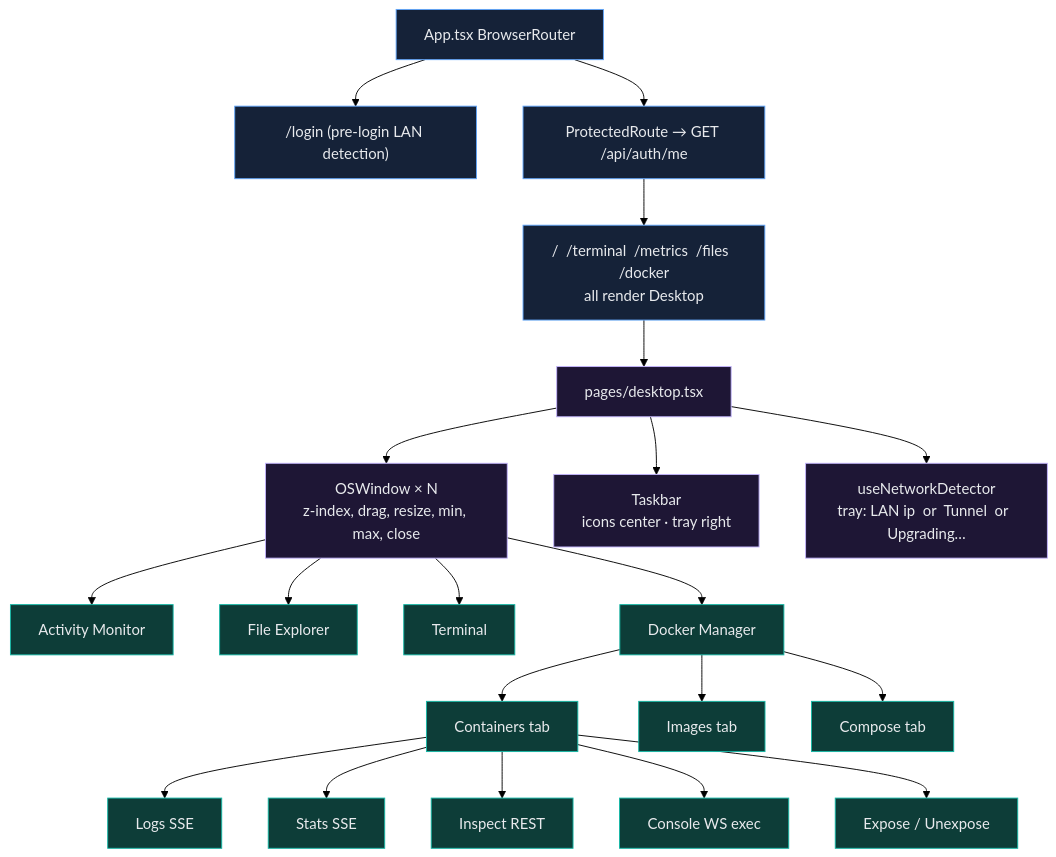
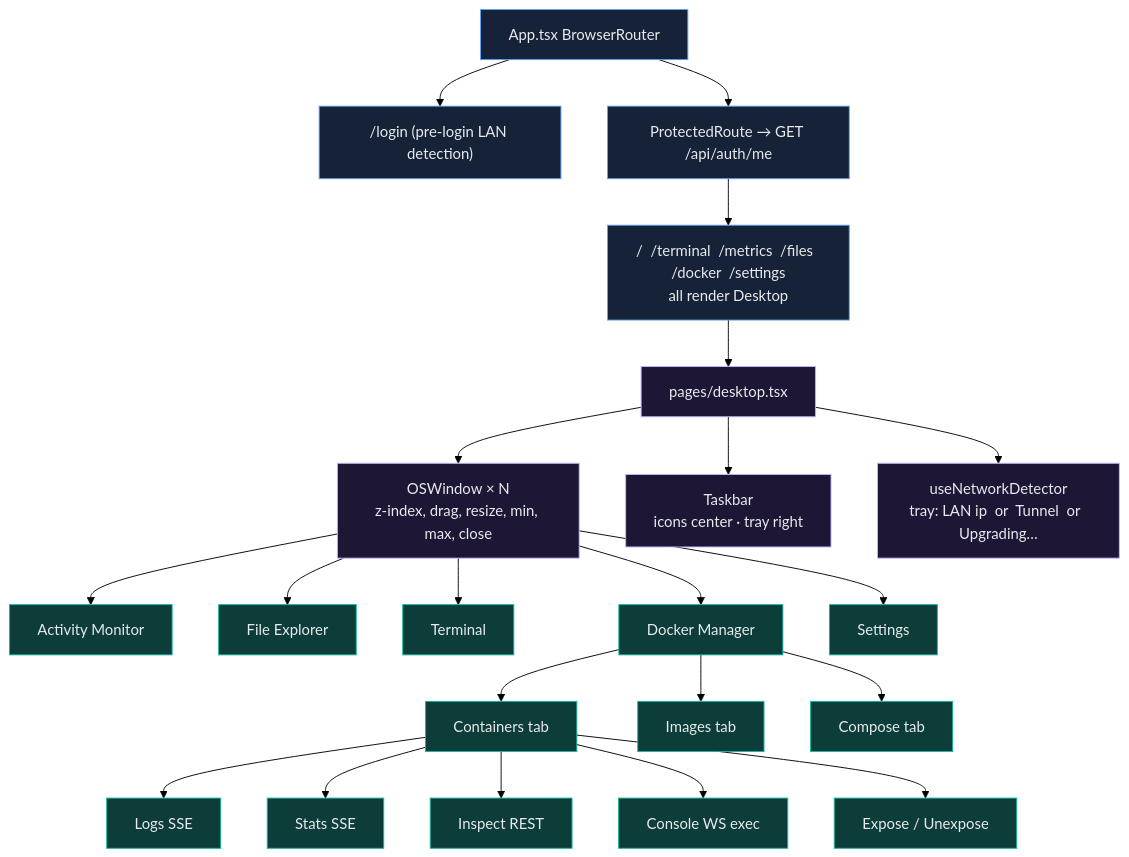
Before and after one commit to Cypher0071/Home_Cloud: the fifth of 7 diagrams in docs/SYSTEM_DESIGN.md, drawn with Mermaid (forest theme). The commit also changed other lines of this file and 21 other files, not shown here.

First line of the commit message:
docs: trim docs/ to the current architecture, design, roadmap and tradeoffs

````diff
--- a/docs/SYSTEM_DESIGN.md
+++ b/docs/SYSTEM_DESIGN.md
@@ -412,33 +482,34 @@
 ```mermaid
 flowchart TB
   classDef route fill:#152238,stroke:#60a5fa,color:#e8eaed
   classDef shell fill:#1e1635,stroke:#c4b5fd,color:#e8eaed
   classDef app fill:#0d3d38,stroke:#14b8a6,color:#e8eaed
 
   RR["App.tsx  BrowserRouter"] --> PUB["/login (pre-login LAN detection)"]
   RR --> PR["ProtectedRoute → GET /api/auth/me"]
-  PR --> D["/  /terminal  /metrics  /files  /docker<br/>all render Desktop"]
+  PR --> D["/  /terminal  /metrics  /files  /docker  /settings<br/>all render Desktop"]
 
   D --> WS["pages/desktop.tsx"]
   WS --> OW["OSWindow × N<br/>z-index, drag, resize, min, max, close"]
   WS --> TB["Taskbar<br/>icons center · tray right"]
   WS --> ND["useNetworkDetector<br/>tray: LAN ip  or  Tunnel  or  Upgrading…"]
 
   OW --> A1["Activity Monitor"]
   OW --> A2["File Explorer"]
   OW --> A3["Terminal"]
   OW --> A4["Docker Manager"]
+  OW --> A5["Settings"]
 
   A4 --> T1["Containers tab"]
   A4 --> T2["Images tab"]
   A4 --> T3["Compose tab"]
   T1 --> S1["Logs SSE"]
   T1 --> S2["Stats SSE"]
   T1 --> S3["Inspect REST"]
   T1 --> S4["Console WS exec"]
   T1 --> S5["Expose / Unexpose"]
 
   class RR,PUB,PR,D route
   class WS,OW,TB,ND shell
-  class A1,A2,A3,A4,T1,T2,T3,S1,S2,S3,S4,S5 app
+  class A1,A2,A3,A4,A5,T1,T2,T3,S1,S2,S3,S4,S5 app
 ```
````
